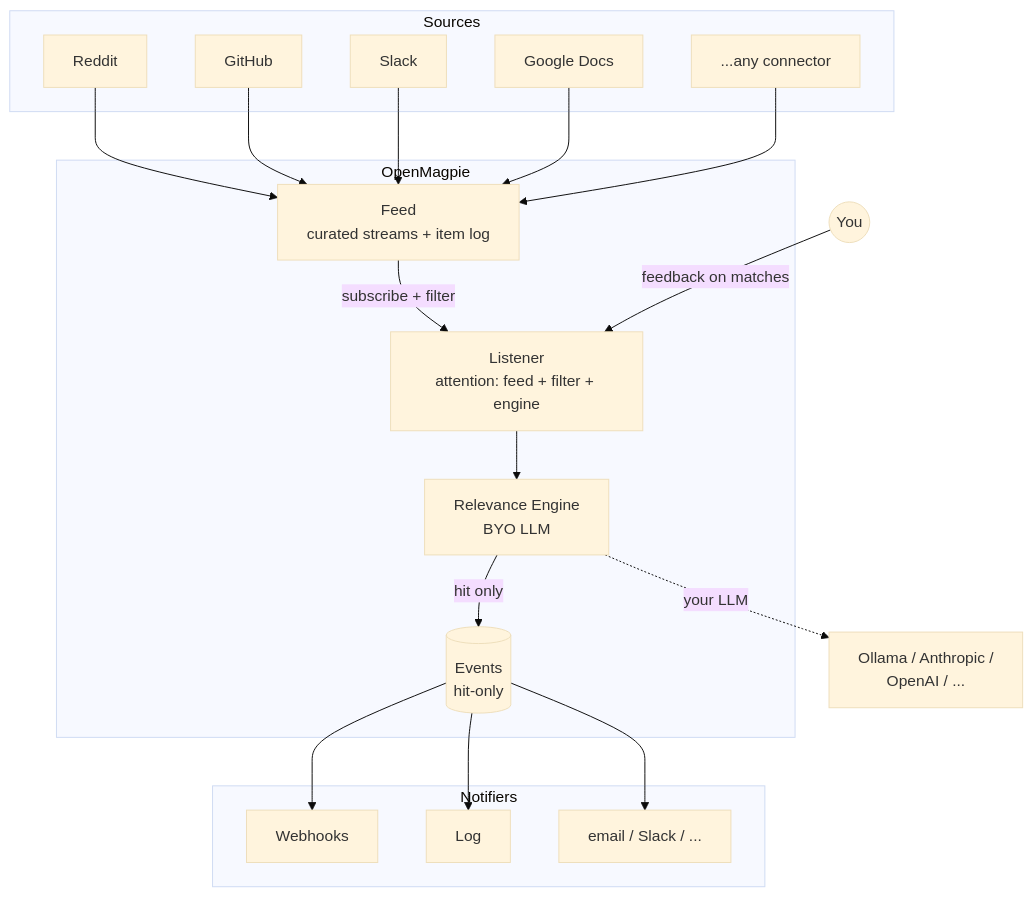
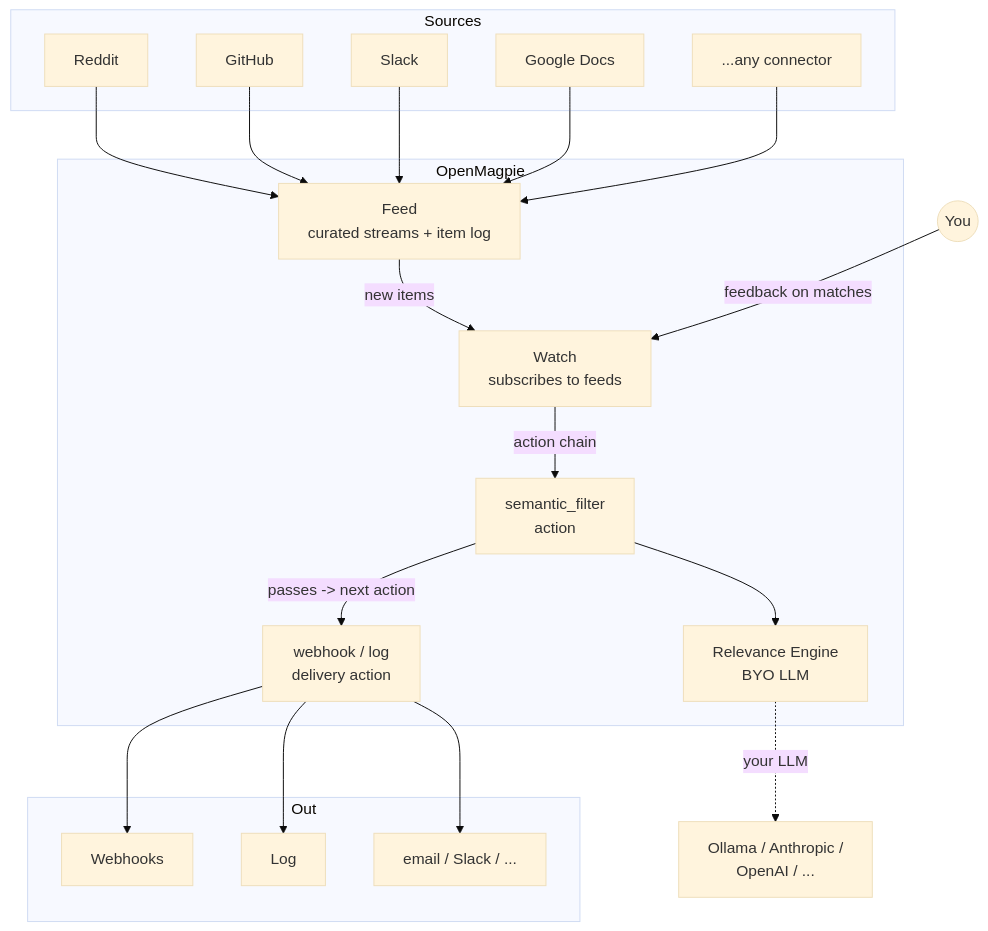
Before and after one commit to PRACE1/openmagpie: the diagram in README.md, drawn with Mermaid (base theme). The commit also changed other lines of this file and 4 other files, not shown here.

````diff
--- a/README.md
+++ b/README.md
@@ -23,41 +23,43 @@
 ```mermaid
 graph TD
     subgraph Sources
         REDDIT[Reddit]
         GH[GitHub]
         SLACK[Slack]
         GDOCS[Google Docs]
         OTHER[...any connector]
     end
 
     subgraph OpenMagpie
         FEED[Feed<br/>curated streams + item log]
-        LISTENER[Listener<br/>attention: feed + filter + engine]
+        WATCH[Watch<br/>subscribes to feeds]
+        FILTER[semantic_filter<br/>action]
         ENGINE[Relevance Engine<br/>BYO LLM]
-        EVENTS[(Events<br/>hit-only)]
+        DELIVER[webhook / log<br/>delivery action]
     end
 
-    subgraph Notifiers
+    subgraph Out
         WEBHOOK[Webhooks]
         LOG[Log]
         FUTURE[email / Slack / ...]
     end
 
     REDDIT --> FEED
     GH --> FEED
     SLACK --> FEED
     GDOCS --> FEED
     OTHER --> FEED
 
-    FEED -- "subscribe + filter" --> LISTENER
-    LISTENER --> ENGINE
+    FEED -- "new items" --> WATCH
+    WATCH -- "action chain" --> FILTER
+    FILTER --> ENGINE
     ENGINE -. "your LLM" .-> LLM["Ollama / Anthropic /
     OpenAI / ..."]
-    ENGINE -- "hit only" --> EVENTS
+    FILTER -- "passes -> next action" --> DELIVER
 
-    EVENTS --> WEBHOOK
-    EVENTS --> LOG
-    EVENTS --> FUTURE
+    DELIVER --> WEBHOOK
+    DELIVER --> LOG
+    DELIVER --> FUTURE
 
-    YOU((You)) -- "feedback on matches" --> LISTENER
+    YOU((You)) -- "feedback on matches" --> WATCH
 ```
````
